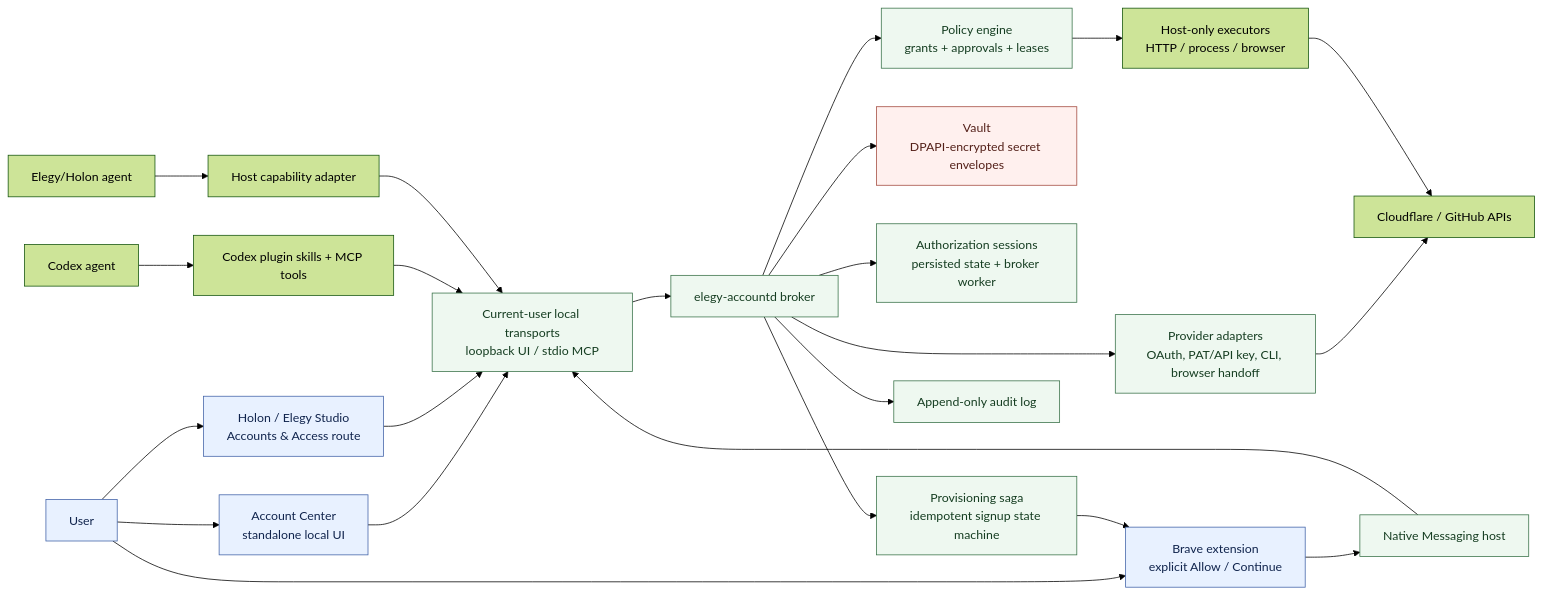
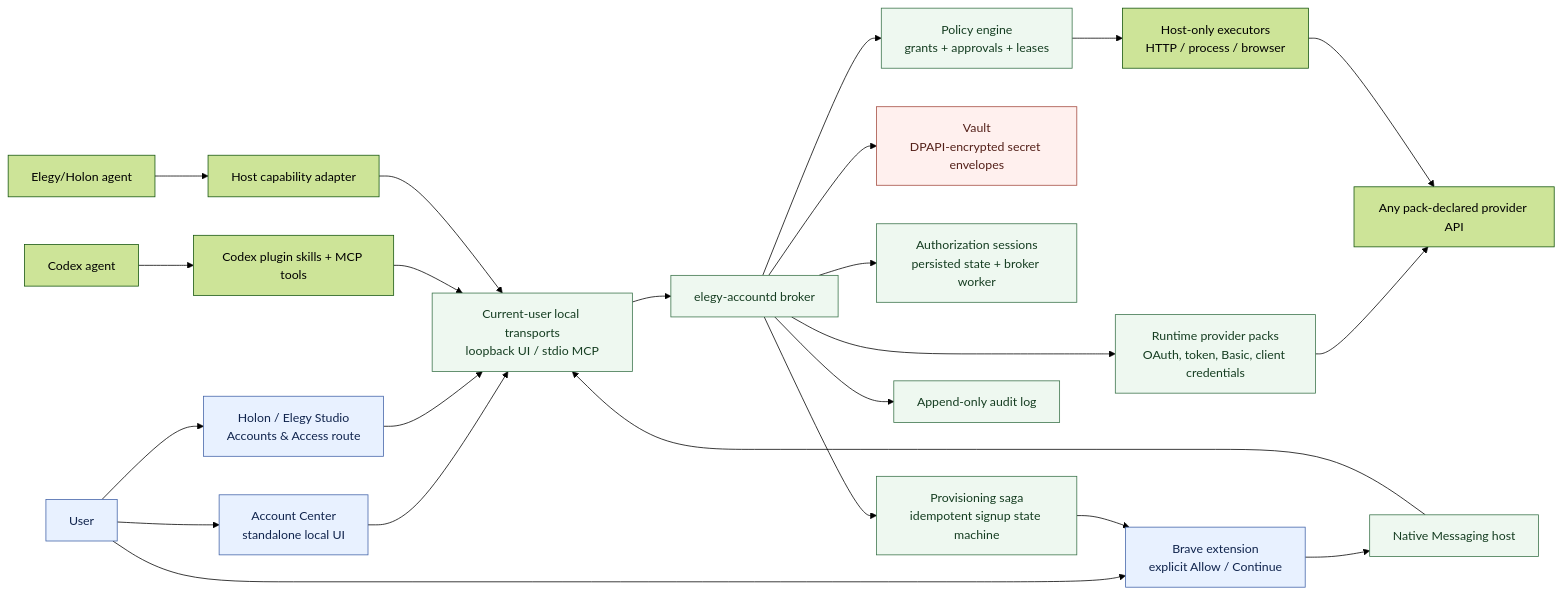
One commit to Sofreshx/Elegy changed the first of 3 diagrams in plugins/accounts/docs/architecture.md. Above: the diagram before and after it, drawn with Mermaid (forest theme). The commit also changed other lines of this file and 52 other files, not shown here.

````diff
--- a/plugins/accounts/docs/architecture.md
+++ b/plugins/accounts/docs/architecture.md
@@ -11,36 +11,36 @@
 ```mermaid
 flowchart LR
   U["User"] --> AC["Account Center\nstandalone local UI"]
   U --> ES["Holon / Elegy Studio\nAccounts & Access route"]
   U --> BX["Brave extension\nexplicit Allow / Continue"]
 
   C["Codex agent"] --> CP["Codex plugin skills + MCP tools"]
   E["Elegy/Holon agent"] --> HC["Host capability adapter"]
 
   AC --> IPC["Current-user local transports\nloopback UI / stdio MCP"]
   ES --> IPC
   BX --> NM["Native Messaging host"]
   NM --> IPC
   CP --> IPC
   HC --> IPC
 
   IPC --> B["elegy-accountd broker"]
   B --> P["Policy engine\ngrants + approvals + leases"]
   B --> V["Vault\nDPAPI-encrypted secret envelopes"]
   B --> AS["Authorization sessions\npersisted state + broker worker"]
-  B --> PR["Provider adapters\nOAuth, PAT/API key, CLI, browser handoff"]
+  B --> PR["Runtime provider packs\nOAuth, token, Basic, client credentials"]
   B --> S["Provisioning saga\nidempotent signup state machine"]
   B --> A["Append-only audit log"]
 
-  PR --> API["Cloudflare / GitHub APIs"]
+  PR --> API["Any pack-declared provider API"]
   S --> BX
   P --> HX["Host-only executors\nHTTP / process / browser"]
   HX --> API
 
   classDef human fill:#e8f1ff,stroke:#4263a8,color:#10244d;
   classDef trust fill:#eef8f0,stroke:#397249,color:#153d21;
   classDef secret fill:#fff0ee,stroke:#a34a3e,color:#542019;
   class U,AC,ES,BX human;
   class B,P,PR,S,A,AS,IPC,NM trust;
   class V secret;
 ```
````
